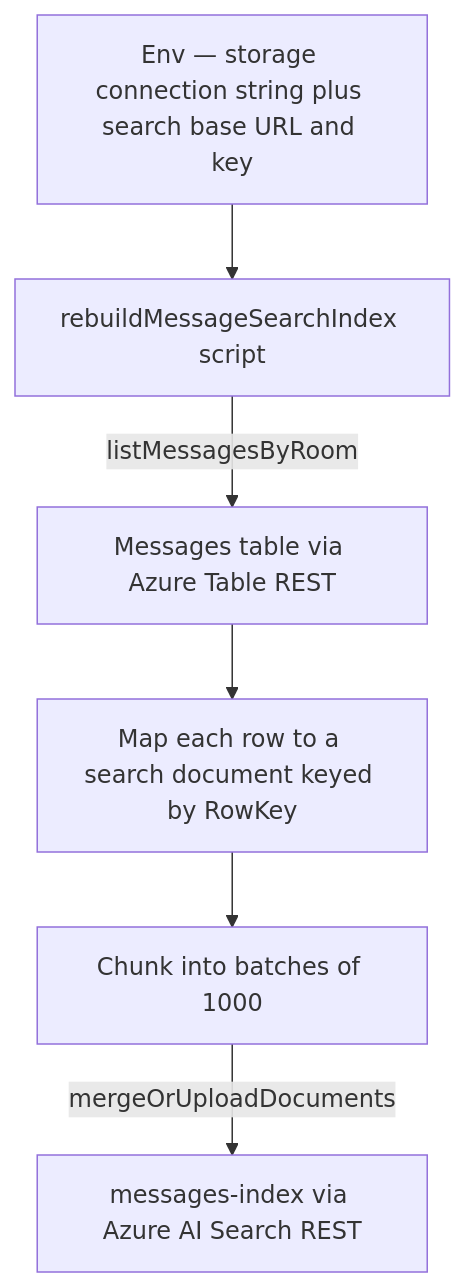
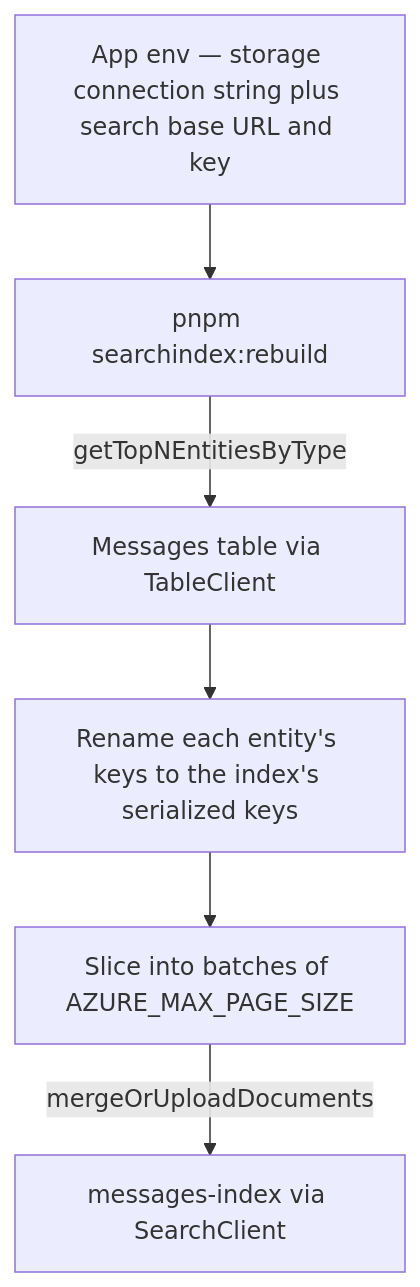
One commit to Esposter/Esposter changed the diagram in packages/app/content/docs/esbabbler/search-index-tooling.md. Above: the diagram before and after it, drawn with Mermaid. The commit also changed other lines of this file and 72 other files, not shown here.

````diff
--- a/packages/app/content/docs/esbabbler/search-index-tooling.md
+++ b/packages/app/content/docs/esbabbler/search-index-tooling.md
@@ -16,8 +23,8 @@
 ```mermaid
 flowchart TD
-  ENV["Env — storage connection string plus search base URL and key"] --> RM["rebuildMessageSearchIndex script"]
-  RM -->|"listMessagesByRoom"| TBL["Messages table via Azure Table REST"]
-  TBL --> MAP["Map each row to a search document keyed by RowKey"]
-  MAP --> CHUNK["Chunk into batches of 1000"]
-  CHUNK -->|"mergeOrUploadDocuments"| IDX["messages-index via Azure AI Search REST"]
+  ENV["App env — storage connection string plus search base URL and key"] --> RM["pnpm searchindex:rebuild"]
+  RM -->|"getTopNEntitiesByType"| TBL["Messages table via TableClient"]
+  TBL --> MAP["Rename each entity's keys to the index's serialized keys"]
+  MAP --> CHUNK["Slice into batches of AZURE_MAX_PAGE_SIZE"]
+  CHUNK -->|"mergeOrUploadDocuments"| IDX["messages-index via SearchClient"]
 ```
````
